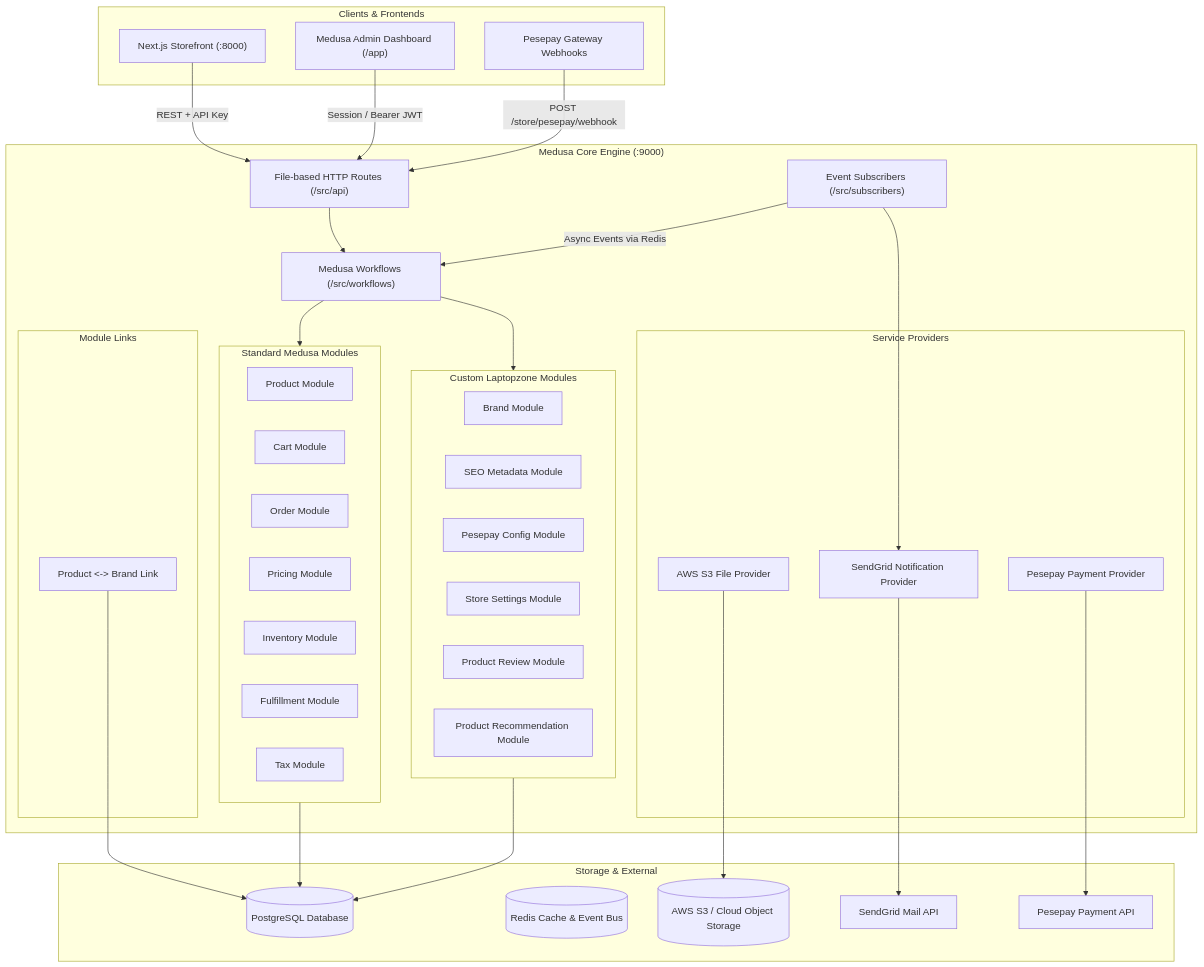
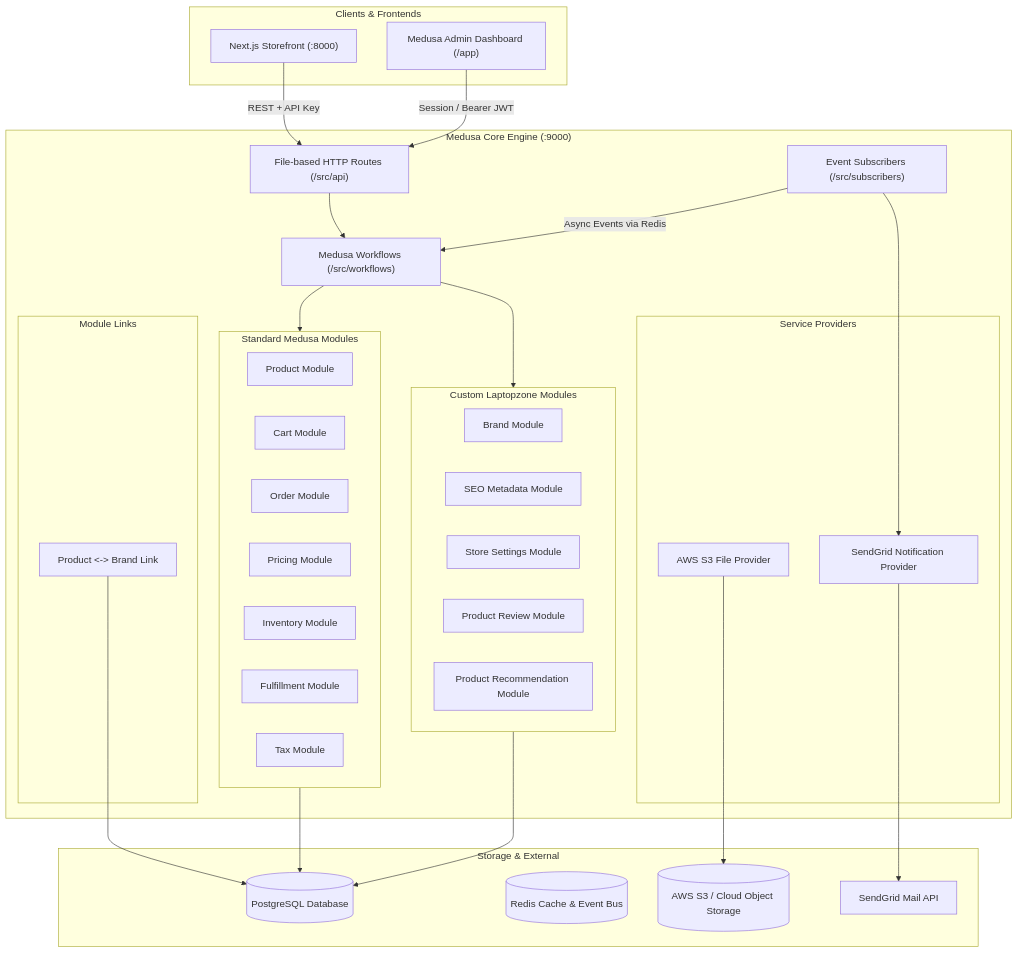
The diagram in docs/medusa/architecture.md (dzapengagodwin/TriSolar), drawn with Mermaid before and after one commit. The commit also changed other lines of this file and 41 other files, not shown here.

````diff
--- a/docs/medusa/architecture.md
+++ b/docs/medusa/architecture.md
@@ -14,68 +14,62 @@
 ```mermaid
 flowchart TD
     subgraph ClientLayer["Clients & Frontends"]
         Storefront["Next.js Storefront (:8000)"]
         AdminDashboard["Medusa Admin Dashboard (/app)"]
-        ExternalWebhooks["Pesepay Gateway Webhooks"]
     end
 
     subgraph MedusaServer["Medusa Core Engine (:9000)"]
         API["File-based HTTP Routes (/src/api)"]
         Workflows["Medusa Workflows (/src/workflows)"]
         Subscribers["Event Subscribers (/src/subscribers)"]
         
         subgraph CoreModules["Standard Medusa Modules"]
             ProductMod["Product Module"]
             CartMod["Cart Module"]
             OrderMod["Order Module"]
             PricingMod["Pricing Module"]
             InventoryMod["Inventory Module"]
             FulfillmentMod["Fulfillment Module"]
             TaxMod["Tax Module"]
         end
         
         subgraph CustomModules["Custom Laptopzone Modules"]
             BrandMod["Brand Module"]
             SeoMod["SEO Metadata Module"]
-            PesepayConfigMod["Pesepay Config Module"]
             StoreSettingsMod["Store Settings Module"]
             ReviewsMod["Product Review Module"]
             RecommendationsMod["Product Recommendation Module"]
         end
 
         subgraph ModuleLinks["Module Links"]
             ProductBrandLink["Product <-> Brand Link"]
         end
 
         subgraph Providers["Service Providers"]
-            PesepayProvider["Pesepay Payment Provider"]
             SendgridProvider["SendGrid Notification Provider"]
             S3FileProvider["AWS S3 File Provider"]
         end
     end
 
     subgraph Persistence["Storage & External"]
         Postgres[(PostgreSQL Database)]
         Redis[(Redis Cache & Event Bus)]
         S3Bucket[(AWS S3 / Cloud Object Storage)]
         SendGridAPI[SendGrid Mail API]
-        PesepayAPI[Pesepay Payment API]
     end
 
     Storefront -->|REST + API Key| API
     AdminDashboard -->|Session / Bearer JWT| API
-    ExternalWebhooks -->|POST /store/pesepay/webhook| API
 
     API --> Workflows
     Workflows --> CoreModules
     Workflows --> CustomModules
     CoreModules --> Postgres
     CustomModules --> Postgres
     ProductBrandLink --> Postgres
     
     Subscribers -->|Async Events via Redis| Workflows
     Subscribers --> SendgridProvider
     SendgridProvider --> SendGridAPI
-    PesepayProvider --> PesepayAPI
     S3FileProvider --> S3Bucket
 ```
````
